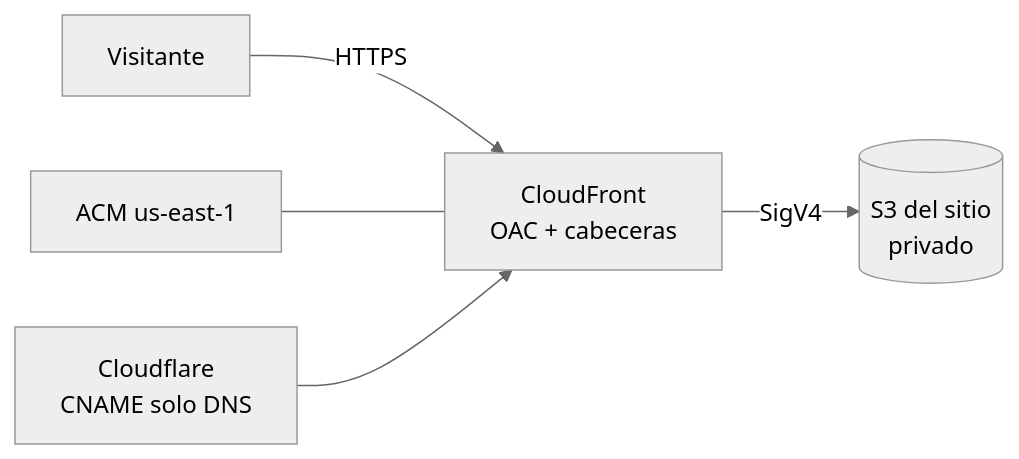
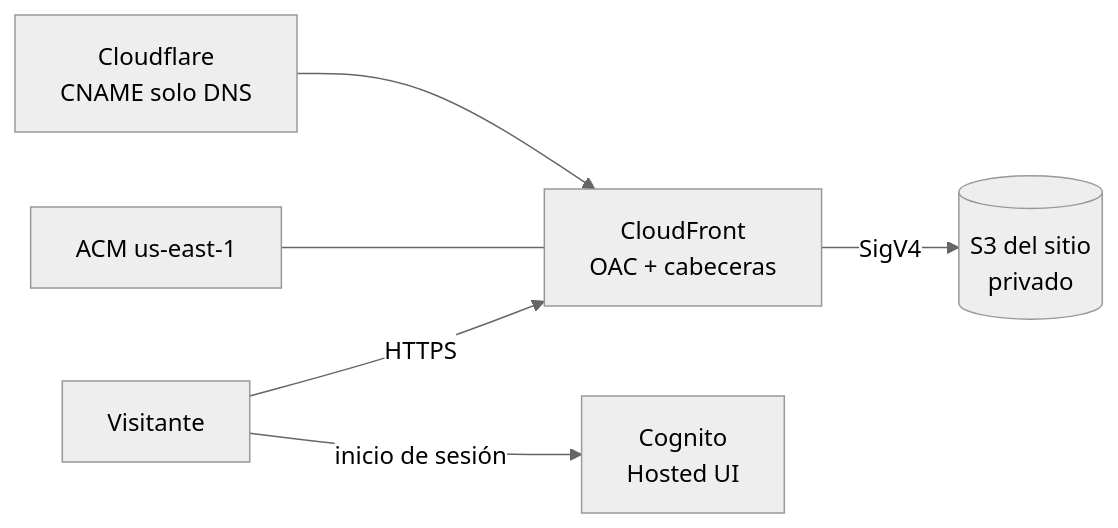
The diagram in infra/README.md (netfoor/Tech-Capital-2026), drawn with Mermaid (neutral theme) before and after one commit. The commit also changed other lines of this file and 42 other files, not shown here.

````diff
--- a/infra/README.md
+++ b/infra/README.md
@@ -5,7 +5,8 @@
 ```mermaid
 flowchart LR
     U[Visitante] -->|HTTPS| CF[CloudFront<br/>OAC + cabeceras]
     CF -->|SigV4| S3[(S3 del sitio<br/>privado)]
     ACM[ACM us-east-1] --- CF
     DNS[Cloudflare<br/>CNAME solo DNS] --> CF
+    U -->|inicio de sesión| COG[Cognito<br/>Hosted UI]
 ```
````
